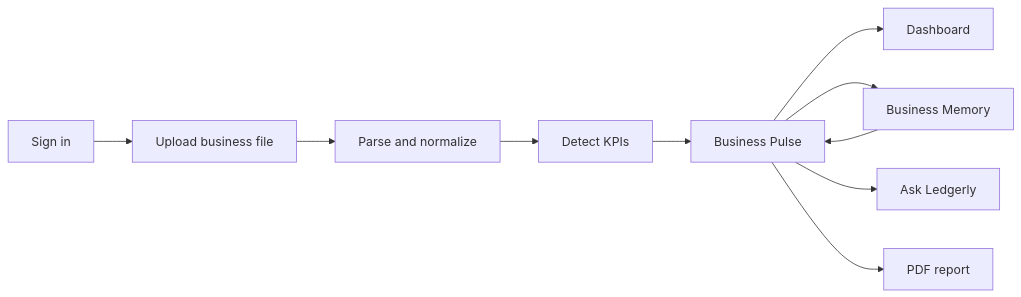
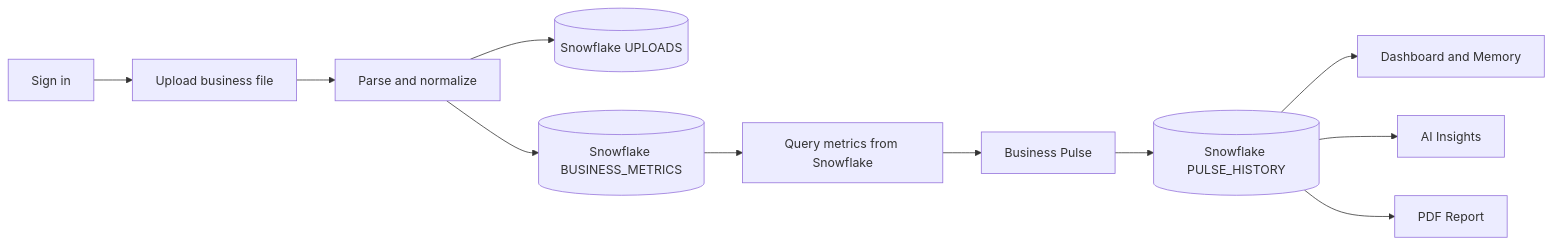
One commit to Saidur-droid/ledgerly changed the diagram in README.md. Above: the diagram before and after it, drawn with Mermaid. The commit also changed other lines of this file and 8 other files, not shown here.

````diff
--- a/README.md
+++ b/README.md
@@ -91,12 +92,13 @@
 ```mermaid
 flowchart LR
   A[Sign in] --> B[Upload business file]
   B --> C[Parse and normalize]
-  C --> D[Detect KPIs]
-  D --> E[Business Pulse]
-  E --> F[Dashboard]
-  E --> G[Business Memory]
-  E --> H[Ask Ledgerly]
-  E --> I[PDF report]
-  G --> E
+  C --> D[(Snowflake UPLOADS)]
+  C --> E[(Snowflake BUSINESS_METRICS)]
+  E --> F[Query metrics from Snowflake]
+  F --> G[Business Pulse]
+  G --> H[(Snowflake PULSE_HISTORY)]
+  H --> I[Dashboard and Memory]
+  H --> J[AI Insights]
+  H --> K[PDF Report]
 ```
````
